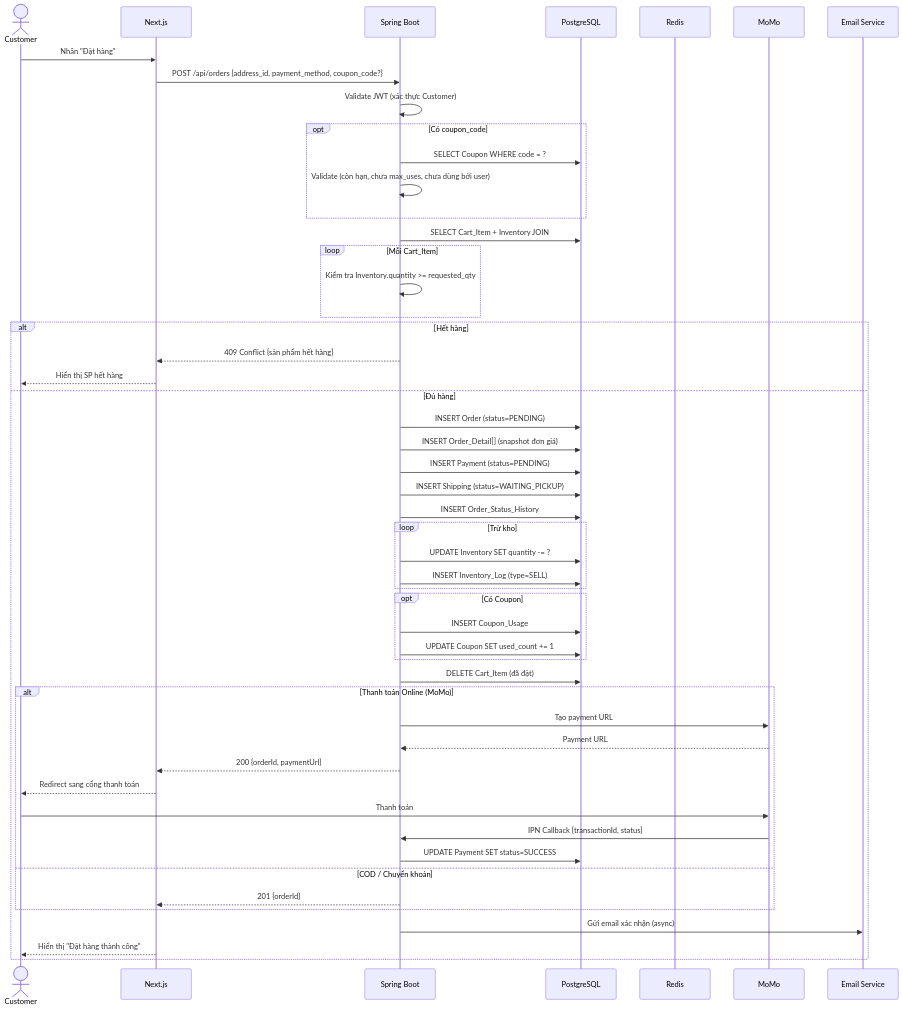
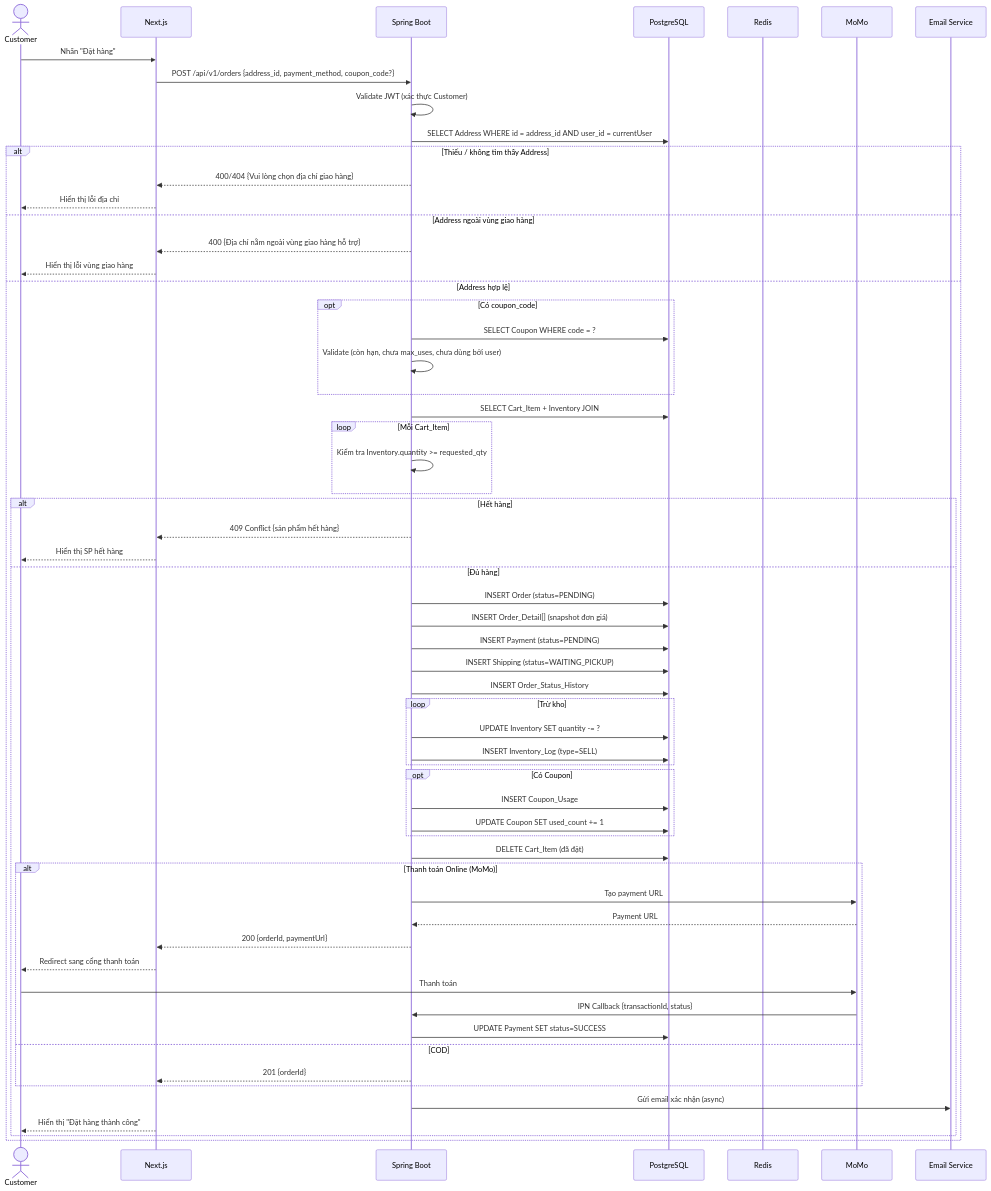
One commit to huuhieu56/PC-Parts-ECommerce changed the second of 8 diagrams in docs/software_design_document.md. Above: the diagram before and after it, drawn with Mermaid. The commit also changed other lines of this file and 9 other files, not shown here.

Commit message:
docs(UC-CUS-12): Add sequence diagram for managing delivery addresses

````diff
--- a/docs/software_design_document.md
+++ b/docs/software_design_document.md
@@ -1141,63 +1165,73 @@
 ```mermaid
 sequenceDiagram
     actor Customer
     participant FE as Next.js
     participant BE as Spring Boot
     participant DB as PostgreSQL
     participant Cache as Redis
     participant Pay as MoMo
     participant Email as Email Service
 
     Customer->>FE: Nhấn "Đặt hàng"
-    FE->>BE: POST /api/orders {address_id, payment_method, coupon_code?}
+    FE->>BE: POST /api/v1/orders {address_id, payment_method, coupon_code?}
     
     BE->>BE: Validate JWT (xác thực Customer)
-    
-    opt Có coupon_code
-        BE->>DB: SELECT Coupon WHERE code = ?
-        BE->>BE: Validate (còn hạn, chưa max_uses, chưa dùng bởi user)
-    end
 
-    BE->>DB: SELECT Cart_Item + Inventory JOIN
-    loop Mỗi Cart_Item
-        BE->>BE: Kiểm tra Inventory.quantity >= requested_qty
-    end
+    BE->>DB: SELECT Address WHERE id = address_id AND user_id = currentUser
+    alt Thiếu / không tìm thấy Address
+        BE-->>FE: 400/404 {Vui lòng chọn địa chỉ giao hàng}
+        FE-->>Customer: Hiển thị lỗi địa chỉ
+    else Address ngoài vùng giao hàng
+        BE-->>FE: 400 {Địa chỉ nằm ngoài vùng giao hàng hỗ trợ}
+        FE-->>Customer: Hiển thị lỗi vùng giao hàng
+    else Address hợp lệ
 
-    alt Hết hàng
-        BE-->>FE: 409 Conflict {sản phẩm hết hàng}
-        FE-->>Customer: Hiển thị SP hết hàng
-    else Đủ hàng
-        BE->>DB: INSERT Order (status=PENDING)
-        BE->>DB: INSERT Order_Detail[] (snapshot đơn giá)
-        BE->>DB: INSERT Payment (status=PENDING)
-        BE->>DB: INSERT Shipping (status=WAITING_PICKUP)
-        BE->>DB: INSERT Order_Status_History
-
-        loop Trừ kho
-            BE->>DB: UPDATE Inventory SET quantity -= ?
-            BE->>DB: INSERT Inventory_Log (type=SELL)
+        opt Có coupon_code
+            BE->>DB: SELECT Coupon WHERE code = ?
+            BE->>BE: Validate (còn hạn, chưa max_uses, chưa dùng bởi user)
         end
 
-        opt Có Coupon
-            BE->>DB: INSERT Coupon_Usage
-            BE->>DB: UPDATE Coupon SET used_count += 1
+        BE->>DB: SELECT Cart_Item + Inventory JOIN
+        loop Mỗi Cart_Item
+            BE->>BE: Kiểm tra Inventory.quantity >= requested_qty
         end
 
-        BE->>DB: DELETE Cart_Item (đã đặt)
+        alt Hết hàng
+            BE-->>FE: 409 Conflict {sản phẩm hết hàng}
+            FE-->>Customer: Hiển thị SP hết hàng
+        else Đủ hàng
+            BE->>DB: INSERT Order (status=PENDING)
+            BE->>DB: INSERT Order_Detail[] (snapshot đơn giá)
+            BE->>DB: INSERT Payment (status=PENDING)
+            BE->>DB: INSERT Shipping (status=WAITING_PICKUP)
+            BE->>DB: INSERT Order_Status_History
 
-        alt Thanh toán Online (MoMo)
-            BE->>Pay: Tạo payment URL
-            Pay-->>BE: Payment URL
-            BE-->>FE: 200 {orderId, paymentUrl}
-            FE-->>Customer: Redirect sang cổng thanh toán
-            Customer->>Pay: Thanh toán
-            Pay->>BE: IPN Callback {transactionId, status}
-            BE->>DB: UPDATE Payment SET status=SUCCESS
-        else COD / Chuyển khoản
-            BE-->>FE: 201 {orderId}
+            loop Trừ kho
+                BE->>DB: UPDATE Inventory SET quantity -= ?
+                BE->>DB: INSERT Inventory_Log (type=SELL)
+            end
+
+            opt Có Coupon
+                BE->>DB: INSERT Coupon_Usage
+                BE->>DB: UPDATE Coupon SET used_count += 1
+            end
+
+            BE->>DB: DELETE Cart_Item (đã đặt)
+
+            alt Thanh toán Online (MoMo)
+                BE->>Pay: Tạo payment URL
+                Pay-->>BE: Payment URL
+                BE-->>FE: 200 {orderId, paymentUrl}
+                FE-->>Customer: Redirect sang cổng thanh toán
+                Customer->>Pay: Thanh toán
+                Pay->>BE: IPN Callback {transactionId, status}
+                BE->>DB: UPDATE Payment SET status=SUCCESS
+            else COD
+                BE-->>FE: 201 {orderId}
+            end
+
+            BE->>Email: Gửi email xác nhận (async)
+            FE-->>Customer: Hiển thị "Đặt hàng thành công"
         end
-
-        BE->>Email: Gửi email xác nhận (async)
-        FE-->>Customer: Hiển thị "Đặt hàng thành công"
     end
 ```
````
